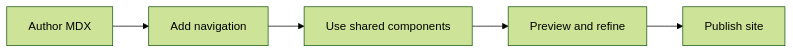
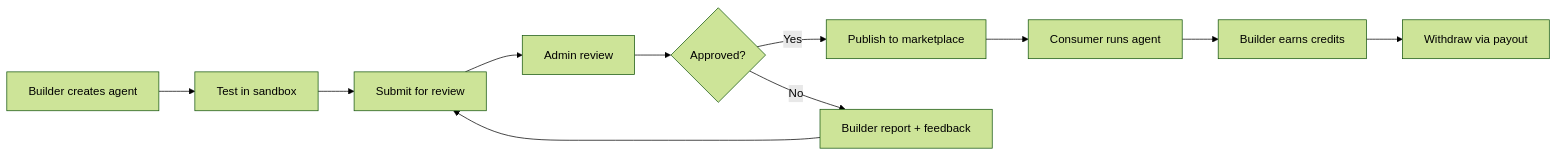
The diagram in features.mdx (AIGravity/documentationai-Docs), drawn with Mermaid (forest theme) before and after one commit. The commit also changed other lines of this file and 9 other files, not shown here.

````diff
--- a/features.mdx
+++ b/features.mdx
@@ -43,7 +57,13 @@
 ```mermaid
 graph LR
-  A[Author MDX] --> B[Add navigation]
-  B --> C[Use shared components]
-  C --> D[Preview and refine]
-  D --> E[Publish site]
+  A[Builder creates agent] --> B[Test in sandbox]
+  B --> C[Submit for review]
+  C --> D[Admin review]
+  D --> E{Approved?}
+  E -->|Yes| F[Publish to marketplace]
+  E -->|No| G[Builder report + feedback]
+  G --> C
+  F --> H[Consumer runs agent]
+  H --> I[Builder earns credits]
+  I --> J[Withdraw via payout]
 ```
````
